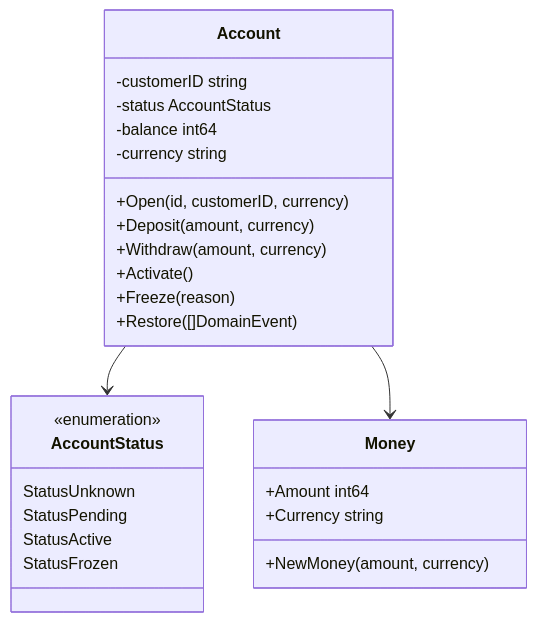
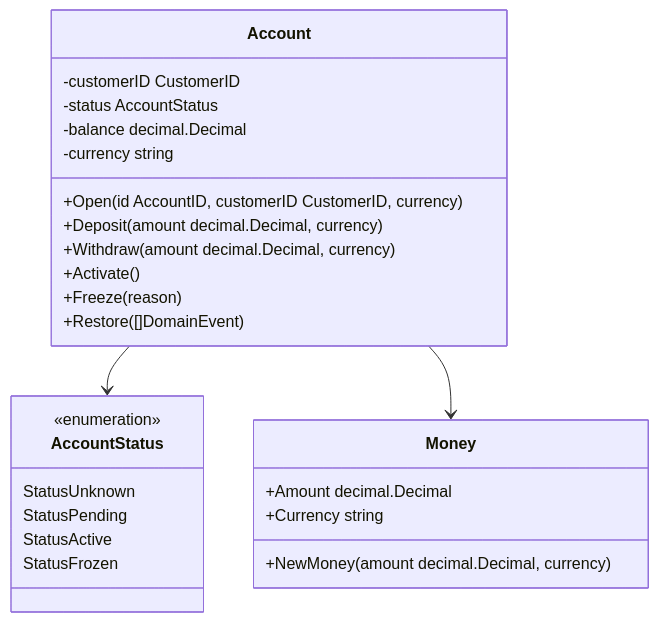
One commit to savvinovan/event-sourcing-learning changed the first of 3 diagrams in docs/domain/README.md. Above: the diagram before and after it, drawn with Mermaid. The commit also changed other lines of this file and 12 other files, not shown here.

````diff
--- a/docs/domain/README.md
+++ b/docs/domain/README.md
@@ -20,32 +20,32 @@
 ```mermaid
 classDiagram
     class Account {
-        -customerID string
+        -customerID CustomerID
         -status AccountStatus
-        -balance int64
+        -balance decimal.Decimal
         -currency string
-        +Open(id, customerID, currency)
-        +Deposit(amount, currency)
-        +Withdraw(amount, currency)
+        +Open(id AccountID, customerID CustomerID, currency)
+        +Deposit(amount decimal.Decimal, currency)
+        +Withdraw(amount decimal.Decimal, currency)
         +Activate()
         +Freeze(reason)
         +Restore([]DomainEvent)
     }
 
     class AccountStatus {
         <<enumeration>>
         StatusUnknown
         StatusPending
         StatusActive
         StatusFrozen
     }
 
     class Money {
-        +Amount int64
+        +Amount decimal.Decimal
         +Currency string
-        +NewMoney(amount, currency)
+        +NewMoney(amount decimal.Decimal, currency)
     }
 
     Account --> AccountStatus
     Account --> Money
 ```
````
